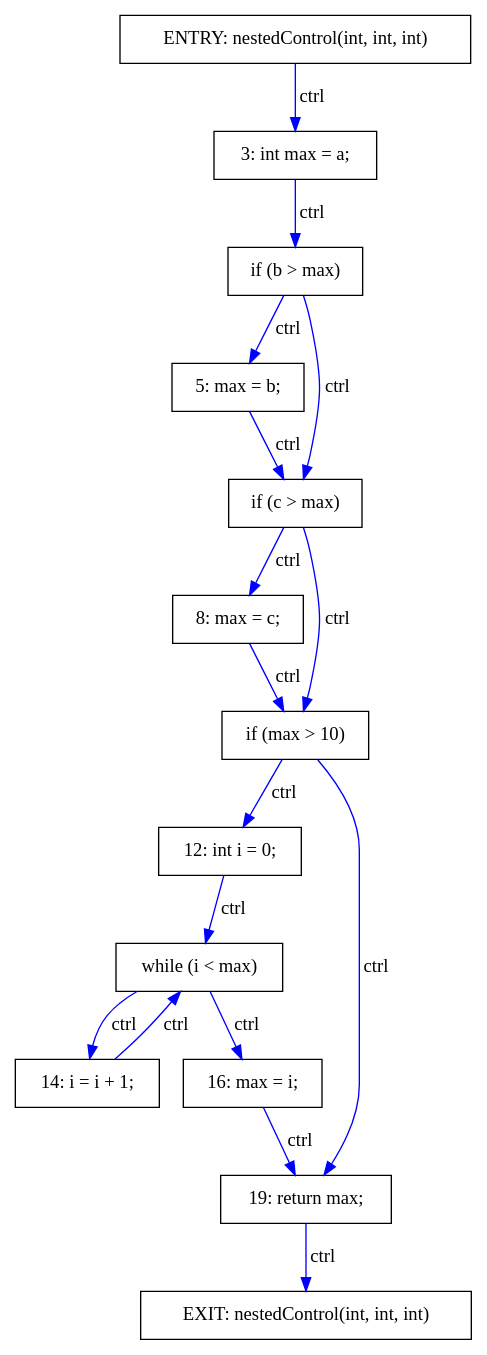
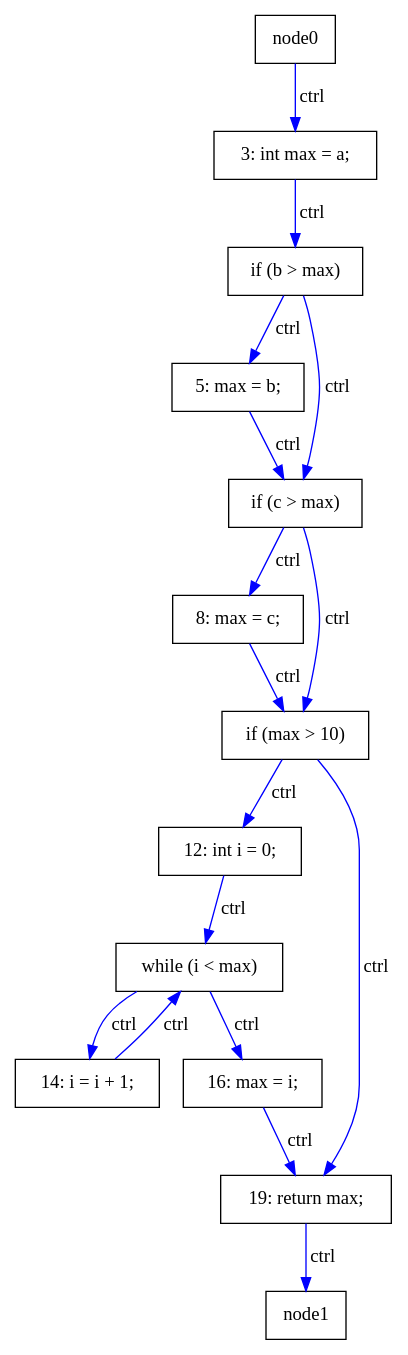
The diagram in results/NestedControl.dot (khaser/java-pdg), drawn with Graphviz before and after one commit. The commit also changed 21 other files, not shown here.

```diff
--- a/results/NestedControl.dot
+++ b/results/NestedControl.dot
@@ -1,35 +1,33 @@
 digraph PDG {
   rankdir=TB;
   node [shape=box];
 
-  node0 [label="ENTRY: nestedControl(int, int, int)"];
-  node1 [label="EXIT: nestedControl(int, int, int)"];
   node2 [label="3: int max = a;"];
   node3 [label="if (b > max)"];
   node4 [label="5: max = b;"];
   node5 [label="if (c > max)"];
   node6 [label="8: max = c;"];
   node7 [label="if (max > 10)"];
   node8 [label="12: int i = 0;"];
   node9 [label="while (i < max)"];
   node10 [label="14: i = i + 1;"];
   node11 [label="16: max = i;"];
   node12 [label="19: return max;"];
 
   node3 -> node4 [label="ctrl", color=blue];
   node5 -> node6 [label="ctrl", color=blue];
   node9 -> node10 [label="ctrl", color=blue];
   node7 -> node8 [label="ctrl", color=blue];
   node0 -> node2 [label="ctrl", color=blue];
   node2 -> node3 [label="ctrl", color=blue];
   node4 -> node5 [label="ctrl", color=blue];
   node3 -> node5 [label="ctrl", color=blue];
   node6 -> node7 [label="ctrl", color=blue];
   node5 -> node7 [label="ctrl", color=blue];
   node8 -> node9 [label="ctrl", color=blue];
   node9 -> node11 [label="ctrl", color=blue];
   node10 -> node9 [label="ctrl", color=blue];
   node11 -> node12 [label="ctrl", color=blue];
   node7 -> node12 [label="ctrl", color=blue];
   node12 -> node1 [label="ctrl", color=blue];
 }
```
